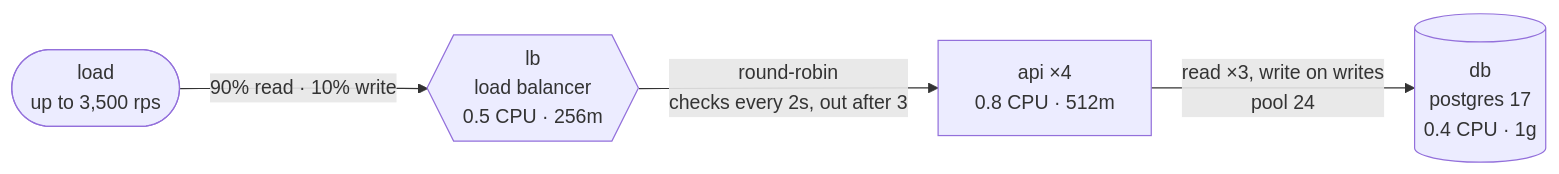
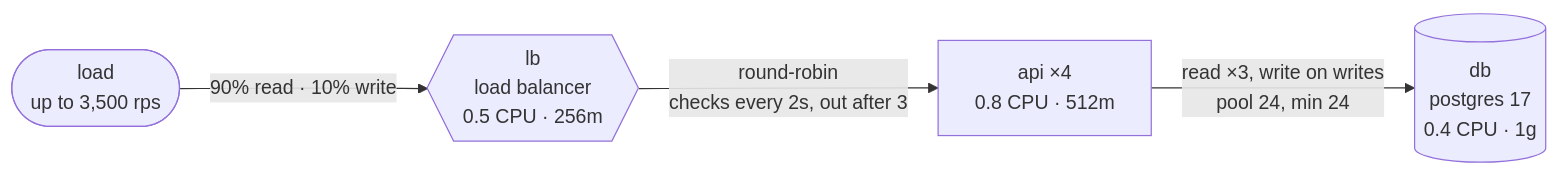
Before and after one commit to akinfemi/load-lore: the diagram in scenarios/when-to-scale-your-database/README.md, drawn with Mermaid. The commit also changed other lines of this file and 25 other files, not shown here.

````diff
--- a/scenarios/when-to-scale-your-database/README.md
+++ b/scenarios/when-to-scale-your-database/README.md
@@ -11,10 +11,10 @@
 ```mermaid
 flowchart LR
     load(["load<br/>up to 3,500 rps"])
     lb{{"lb<br/>load balancer<br/>0.5 CPU · 256m"}}
     api["api ×4<br/>0.8 CPU · 512m"]
     db[("db<br/>postgres 17<br/>0.4 CPU · 1g")]
     load -->|"90% read · 10% write"| lb
     lb -->|"round-robin<br/>checks every 2s, out after 3"| api
-    api -->|"read ×3, write on writes<br/>pool 24"| db
+    api -->|"read ×3, write on writes<br/>pool 24, min 24"| db
 ```
````
